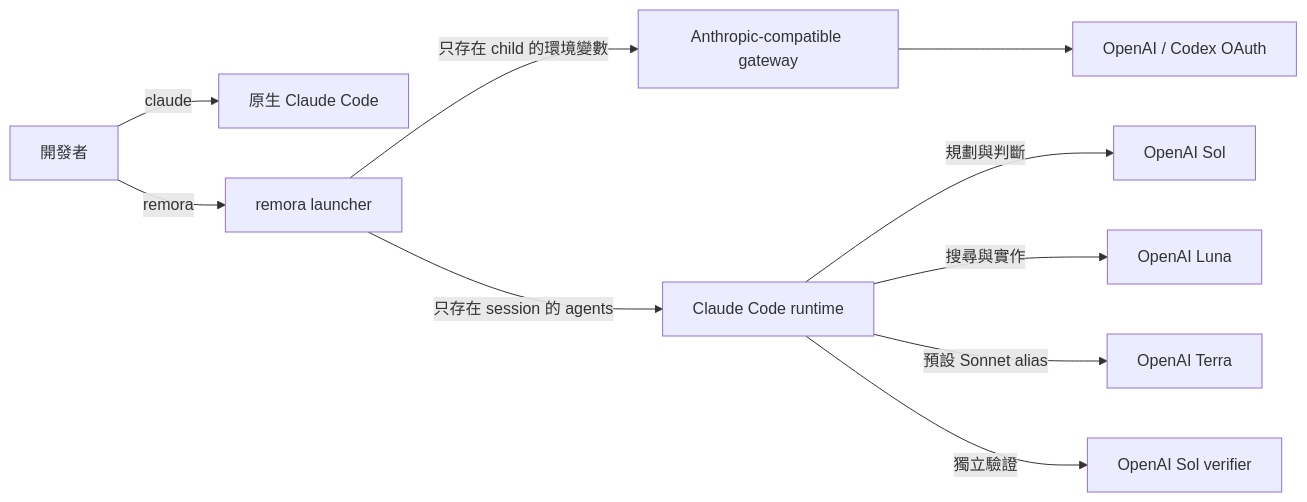
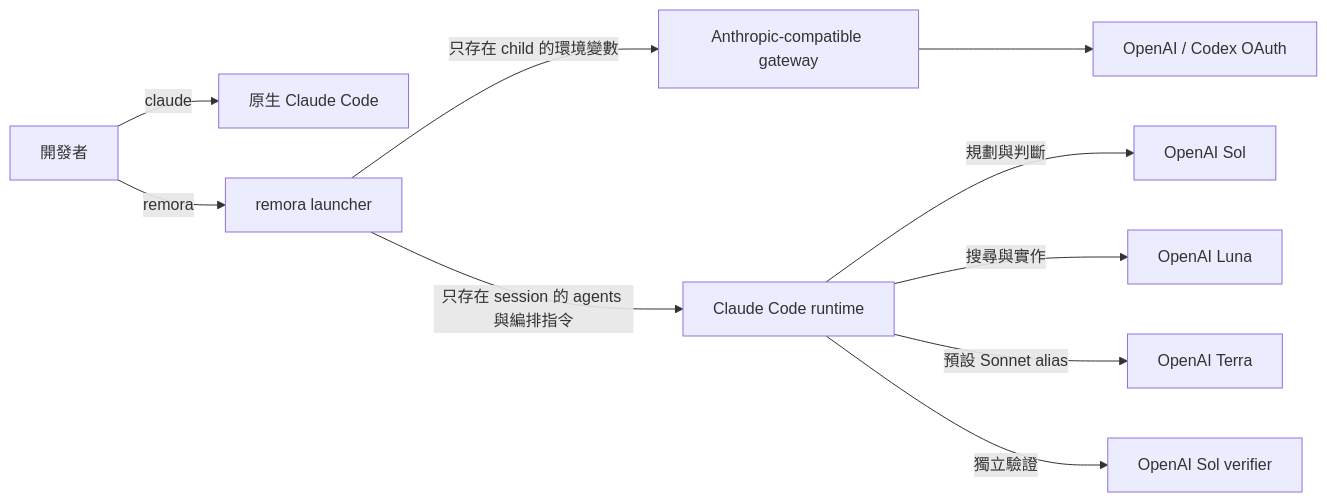
One commit to Nanako0129/remora-cc changed the diagram in README.zh-TW.md. Above: the diagram before and after it, drawn with Mermaid. The commit also changed other lines of this file and 9 other files, not shown here.

````diff
--- a/README.zh-TW.md
+++ b/README.zh-TW.md
@@ -47,12 +47,12 @@
 ```mermaid
 flowchart LR
     U[開發者] -->|claude| N[原生 Claude Code]
     U -->|remora| R[remora launcher]
     R -->|只存在 child 的環境變數| G[Anthropic-compatible gateway]
-    R -->|只存在 session 的 agents| C[Claude Code runtime]
+    R -->|只存在 session 的 agents 與編排指令| C[Claude Code runtime]
     C -->|規劃與判斷| SOL[OpenAI Sol]
     C -->|搜尋與實作| LUNA[OpenAI Luna]
     C -->|預設 Sonnet alias| TERRA[OpenAI Terra]
     C -->|獨立驗證| V[OpenAI Sol verifier]
     G --> OAI[OpenAI / Codex OAuth]
 ```
````
